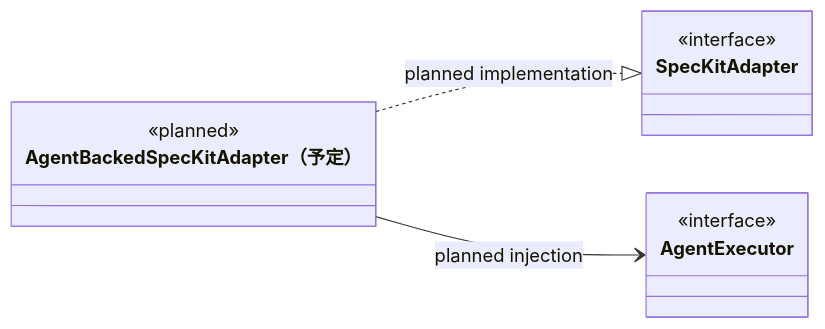
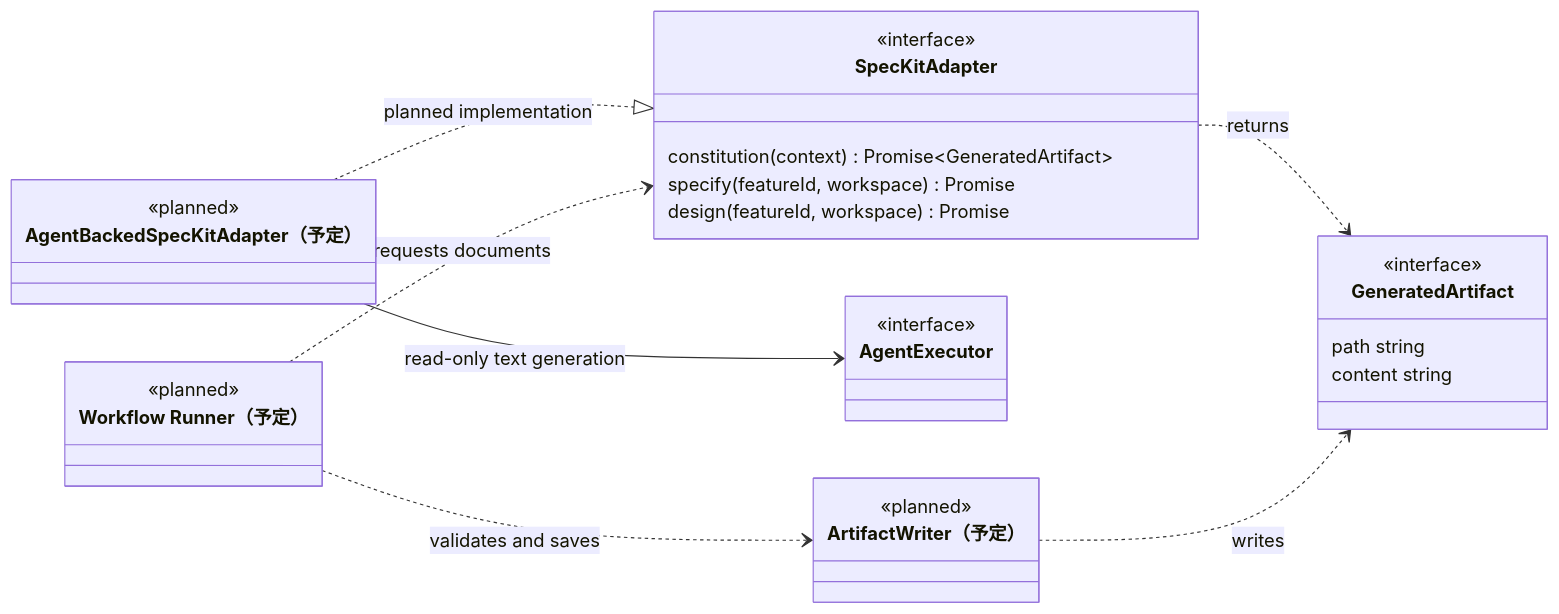
Before and after one commit to bluerabbits69/ai-driven-assistant-cli: the third of 7 diagrams in docs/architecture.md, drawn with Mermaid. The commit also changed other lines of this file and 3 other files, not shown here.

````diff
--- a/docs/architecture.md
+++ b/docs/architecture.md
@@ -207,15 +217,33 @@
 ```mermaid
 classDiagram
     direction LR
     class SpecKitAdapter {
         <<interface>>
+        constitution(context) Promise~GeneratedArtifact~
+        specify(featureId, workspace) Promise
+        design(featureId, workspace) Promise
     }
     class PlannedAdapter["AgentBackedSpecKitAdapter（予定）"] {
         <<planned>>
     }
     class AgentExecutor {
         <<interface>>
     }
+    class GeneratedArtifact {
+        <<interface>>
+        path string
+        content string
+    }
+    class PlannedWriter["ArtifactWriter（予定）"] {
+        <<planned>>
+    }
+    class PlannedRunner["Workflow Runner（予定）"] {
+        <<planned>>
+    }
     PlannedAdapter ..|> SpecKitAdapter : planned implementation
-    PlannedAdapter --> AgentExecutor : planned injection
+    PlannedAdapter --> AgentExecutor : read-only text generation
+    SpecKitAdapter ..> GeneratedArtifact : returns
+    PlannedRunner ..> SpecKitAdapter : requests documents
+    PlannedRunner ..> PlannedWriter : validates and saves
+    PlannedWriter ..> GeneratedArtifact : writes
 ```
````
